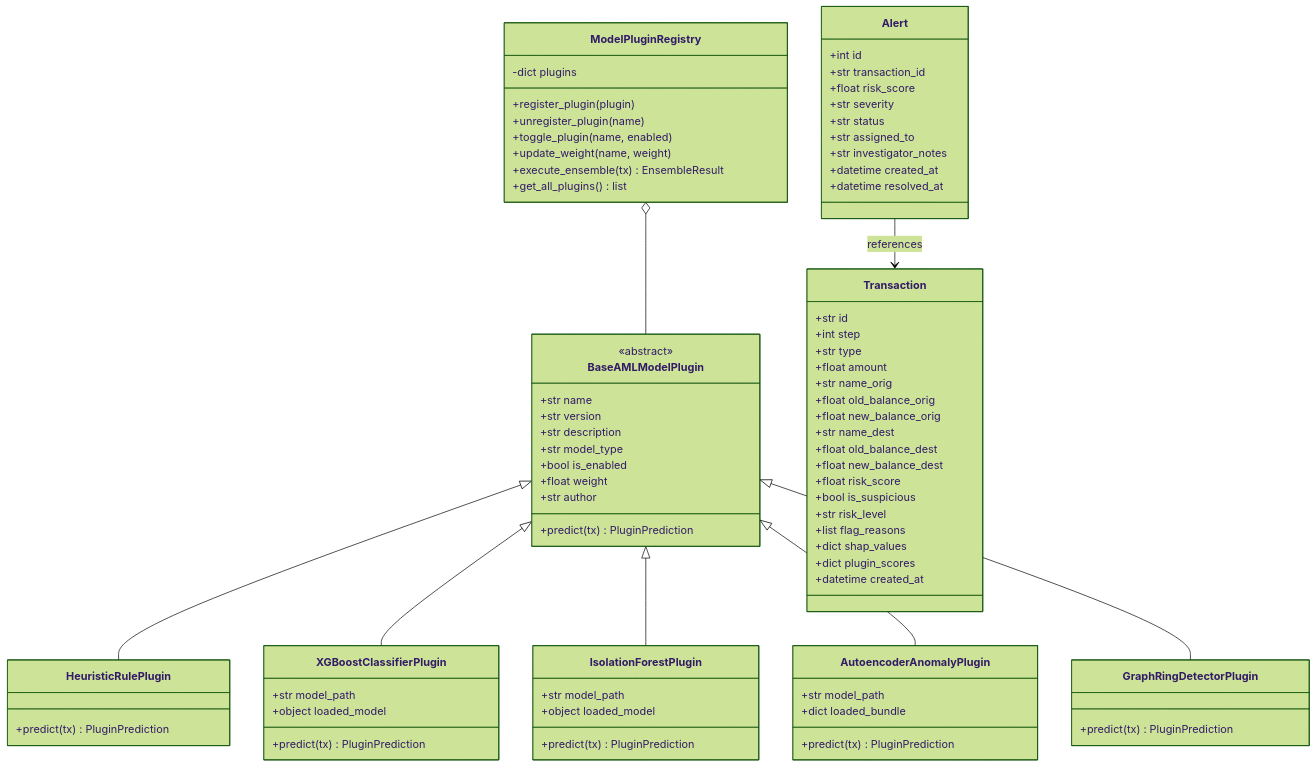
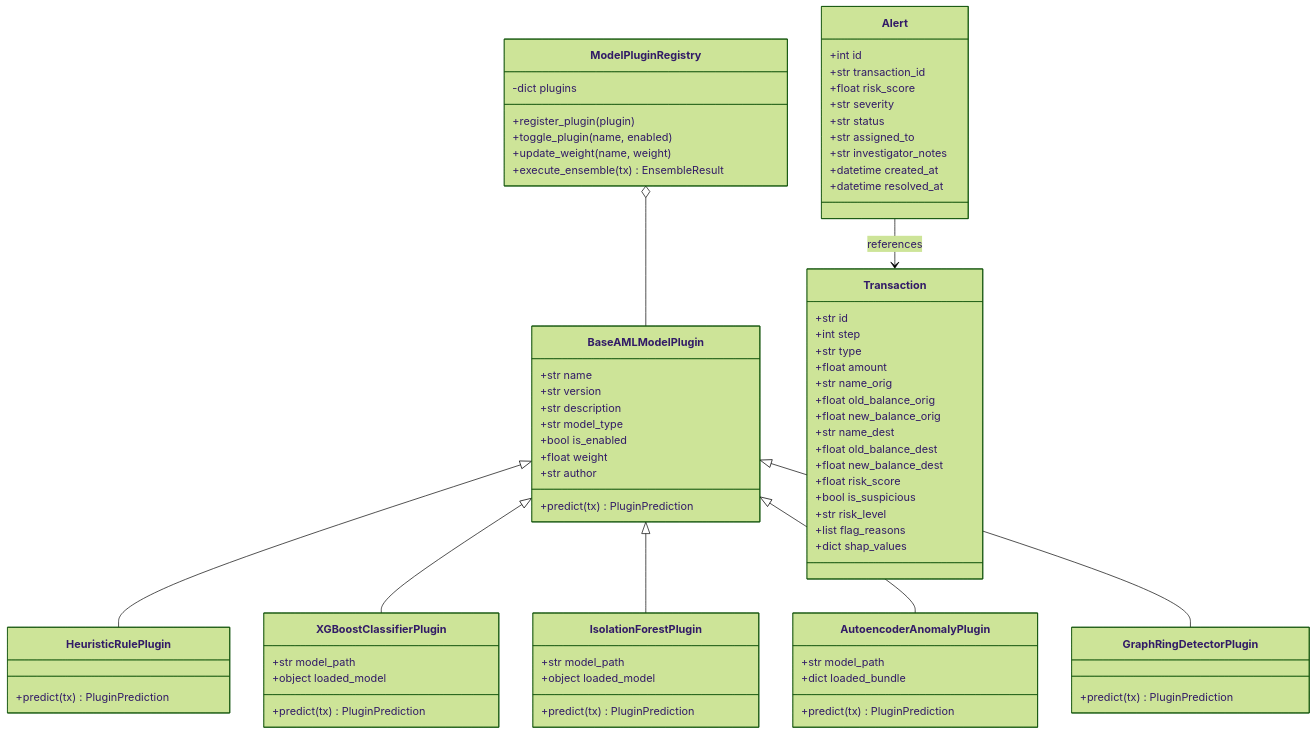
Before and after one commit to BharathKumar113/anti_money_laundering: diagram 11 of 14 in documentation.md, drawn with Mermaid (forest theme). The commit also changed other lines of this file, not shown here.

Commit message:
docs: finalize full-length academic documentation with dual-rendered UML and architecture diagrams

````diff
--- a/documentation.md
+++ b/documentation.md
@@ -663,7 +799,6 @@
 ```mermaid
 classDiagram
     class BaseAMLModelPlugin {
-        <<abstract>>
         +str name
         +str version
         +str description
@@ -673,43 +808,34 @@
         +str author
         +predict(tx) PluginPrediction
     }
-
     class HeuristicRulePlugin {
         +predict(tx) PluginPrediction
     }
-
     class XGBoostClassifierPlugin {
         +str model_path
         +object loaded_model
         +predict(tx) PluginPrediction
     }
-
     class IsolationForestPlugin {
         +str model_path
         +object loaded_model
         +predict(tx) PluginPrediction
     }
-
     class AutoencoderAnomalyPlugin {
         +str model_path
         +dict loaded_bundle
         +predict(tx) PluginPrediction
     }
-
     class GraphRingDetectorPlugin {
         +predict(tx) PluginPrediction
     }
-
     class ModelPluginRegistry {
         -dict plugins
         +register_plugin(plugin)
-        +unregister_plugin(name)
         +toggle_plugin(name, enabled)
         +update_weight(name, weight)
         +execute_ensemble(tx) EnsembleResult
-        +get_all_plugins() list
     }
-
     class Transaction {
         +str id
         +int step
@@ -726,10 +852,7 @@
         +str risk_level
         +list flag_reasons
         +dict shap_values
-        +dict plugin_scores
-        +datetime created_at
     }
-
     class Alert {
         +int id
         +str transaction_id
````
